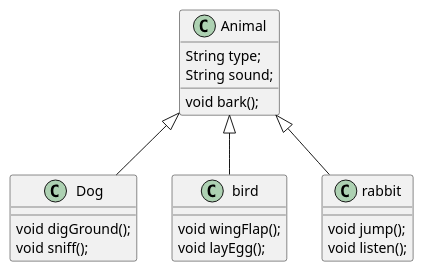
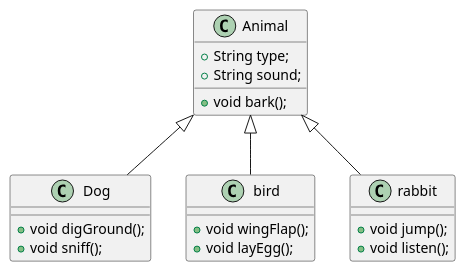
Before and after one commit to orm-camp-flutter-2ki/learn_dart_together: the diagram in lib/24_03_12/animal_diagram.puml, drawn with PlantUML. The commit also changed other lines of this file and 4 other files, not shown here.

Commit message:
feat: 동물, 책, 슬라임, 점과 사각형, 탈 것 클래스 uml 작성

```diff
--- a/lib/24_03_12/animal_diagram.puml
+++ b/lib/24_03_12/animal_diagram.puml
@@ -1,25 +2,28 @@
 @startuml
 class Animal {
-  String type;
-  String sound;
+  +String type;
+  +String sound;
 
-  void bark();
+  +void bark();
 }
 
 class Dog extends Animal{
-    void digGround();
-    void sniff();
+
+    +void digGround();
+    +void sniff();
 }
 
 class bird extends Animal{
-    void wingFlap();
-    void layEgg();
+
+    +void wingFlap();
+    +void layEgg();
 }
 
 class rabbit extends Animal{
-    void jump();
-    void listen();
+
+    +void jump();
+    +void listen();
 }
 
 
 @enduml
```
